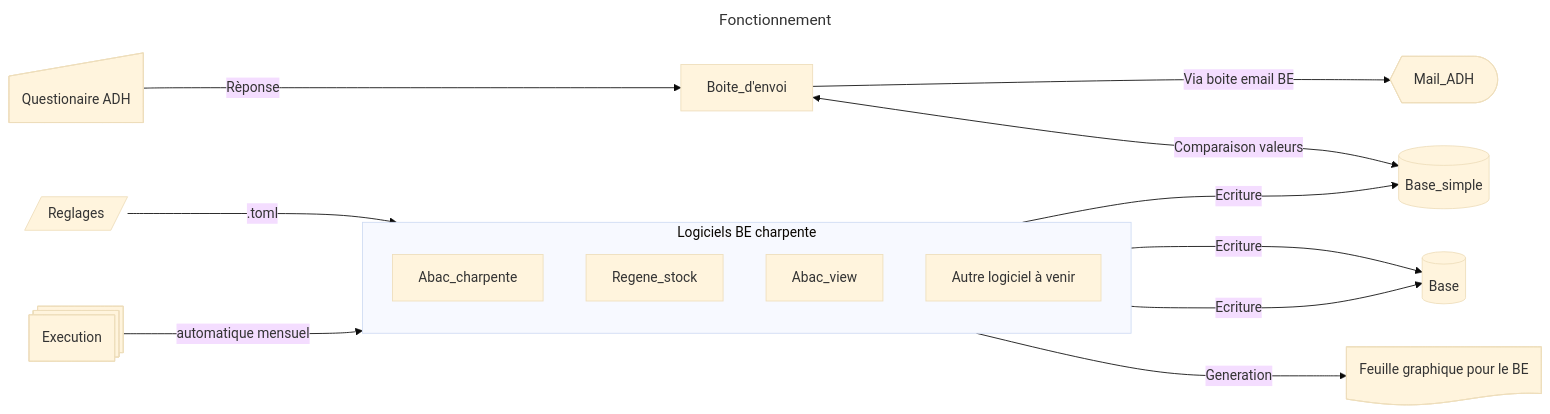
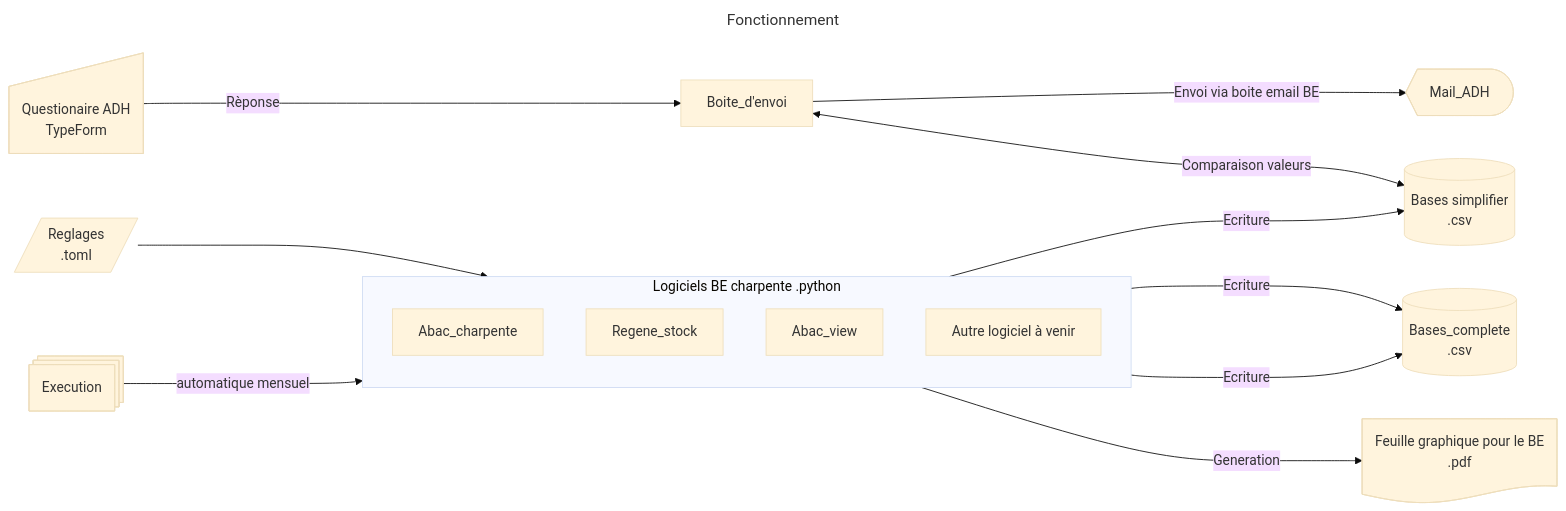
The first of 2 diagrams in docs/Structure Form.md (Maxos7/CAB_Abac_charpentes), drawn with Mermaid (base theme) before and after one commit. The commit also changed other lines of this file, not shown here.

`````diff
--- a/docs/Structure Form.md
+++ b/docs/Structure Form.md
@@ -3,22 +3,38 @@
 ````mermaid
 ---
 title : Fonctionnement
 ---
 flowchart LR
-Questionaire[Questionaire ADH]@{ shape: manual-input} --->|Rèponse|Boite_d'envoi
-Boite_d'envoi --->|Via boite email BE| Mail_ADH@{shape: curv-trap}
-Boite_d'envoi <--->|Comparaison valeurs| Base_simple
-Reglages@{ shape: lean-r}--->|.toml|logiciels
+
+Questionaire[Questionaire ADH
+TypeForm]@{ shape: manual-input} --->|Rèponse|Boite_d'envoi
+
+Boite_d'envoi --->|Envoi via boite email BE| Mail_ADH@{shape: curv-trap}
+
+Boite_d'envoi <--->|Comparaison valeurs| Base_simplifier
+
+Reglages[Reglages
+.toml]@{ shape: lean-r}--->logiciels
+
 Execution@{shape: procs}--->|automatique mensuel|logiciels
-subgraph logiciels [Logiciels BE charpente]
+
+subgraph logiciels [Logiciels BE charpente .python]
     direction TB
     Abac_charpente
     Regene_stock
     Abac_view
     Autre[Autre logiciel à venir]
 end
-Abac_charpente--->|Ecriture|Base_simple@{shape: cyl}
-Abac_charpente--->|Ecriture|Base@{shape: cyl}
-Regene_stock--->|Ecriture|Base@{shape: cyl}
-Abac_view--->|Generation|abac[Feuille graphique pour le BE]@{shape: doc}
+
+Abac_charpente--->|Ecriture|Base_simplifier[Bases simplifier
+.csv]@{shape: cyl}
+
+Abac_charpente--->|Ecriture|Bases_complete[Bases_complete
+.csv]@{shape: cyl}
+
+Regene_stock--->|Ecriture|Bases_complete@{shape: cyl}
+
+Abac_view--->|Generation|abac[Feuille graphique pour le BE
+.pdf]@{shape: doc}
+
 ````
`````
